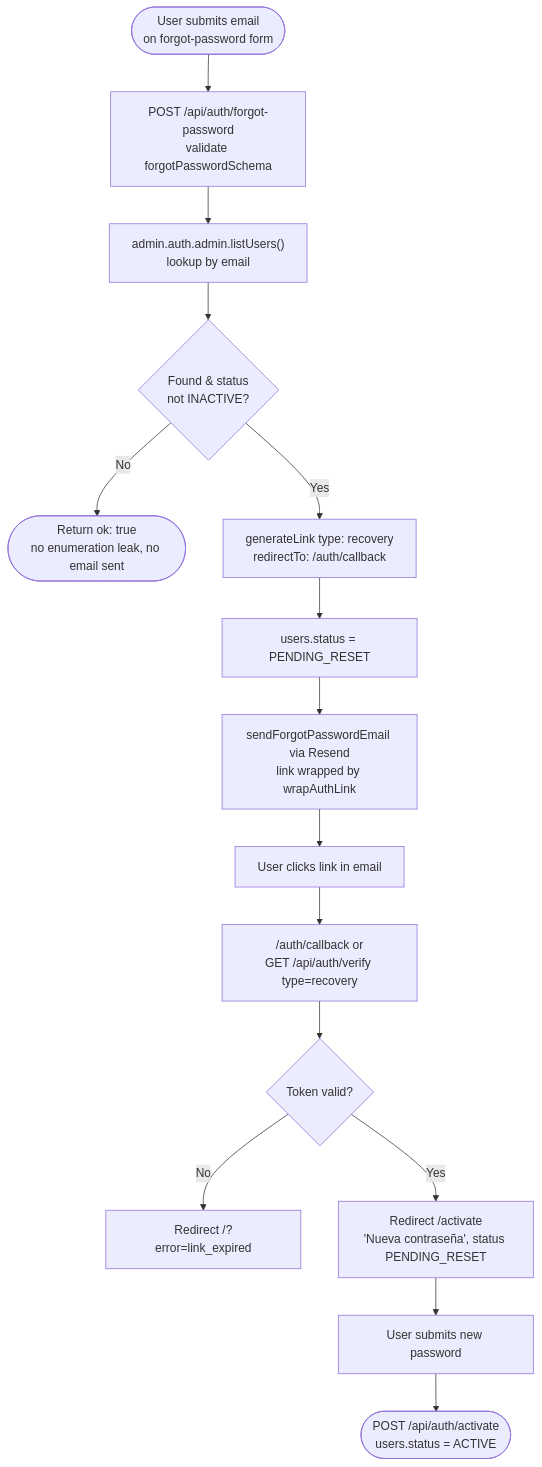
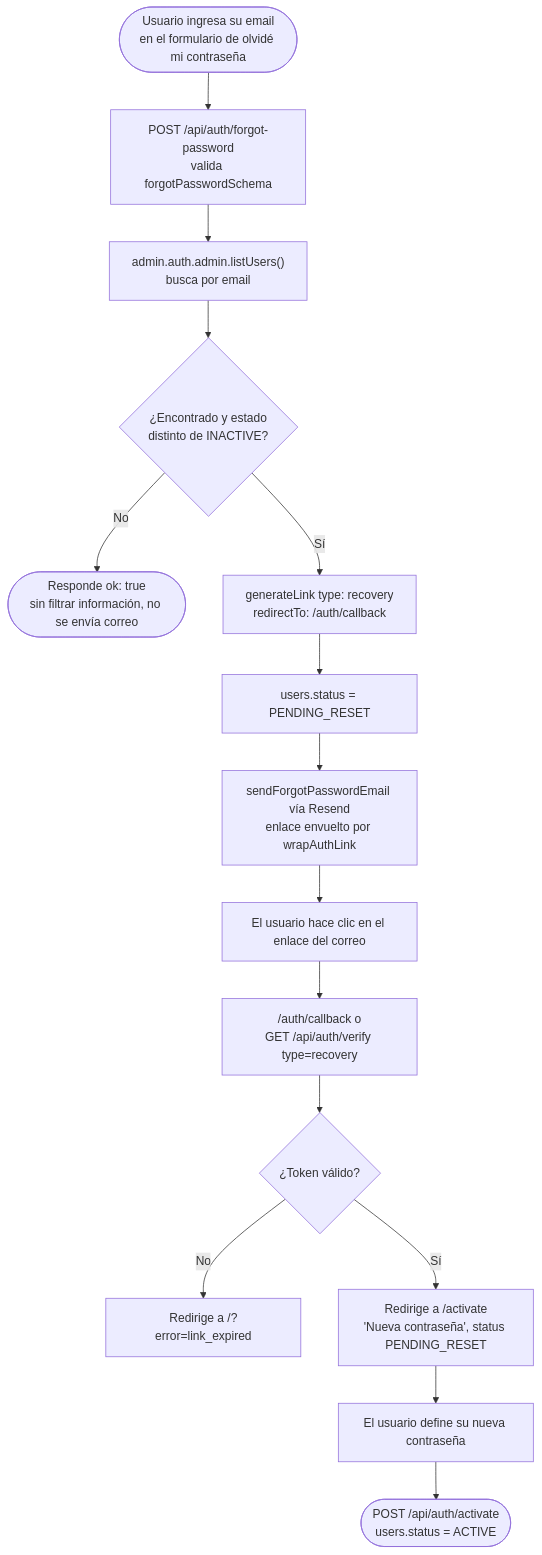
Before and after one commit to Torfel0312/sistema_contable_pibt: the diagram in docs/diagrams/04-password-recovery.md, drawn with Mermaid. The commit also changed other lines of this file and 11 other files, not shown here.

Commit message:
docs: refresh roles/permissions/auth docs and translate diagrams to Spanish (#83)

````diff
--- a/docs/diagrams/04-password-recovery.md
+++ b/docs/diagrams/04-password-recovery.md
@@ -3,17 +7,17 @@
 ```mermaid
 flowchart TD
-    A([User submits email<br/>on forgot-password form]) --> B["POST /api/auth/forgot-password<br/>validate forgotPasswordSchema"]
-    B --> C["admin.auth.admin.listUsers()<br/>lookup by email"]
-    C --> D{Found & status<br/>not INACTIVE?}
-    D -->|No| E([Return ok: true<br/>no enumeration leak, no email sent])
-    D -->|Yes| F["generateLink type: recovery<br/>redirectTo: /auth/callback"]
+    A(["Usuario ingresa su email<br/>en el formulario de olvidé mi contraseña"]) --> B["POST /api/auth/forgot-password<br/>valida forgotPasswordSchema"]
+    B --> C["admin.auth.admin.listUsers()<br/>busca por email"]
+    C --> D{"¿Encontrado y estado<br/>distinto de INACTIVE?"}
+    D -->|No| E(["Responde ok: true<br/>sin filtrar información, no se envía correo"])
+    D -->|Sí| F["generateLink type: recovery<br/>redirectTo: /auth/callback"]
     F --> G[users.status = PENDING_RESET]
-    G --> H[sendForgotPasswordEmail via Resend<br/>link wrapped by wrapAuthLink]
-    H --> I[User clicks link in email]
-    I --> J["/auth/callback or<br/>GET /api/auth/verify type=recovery"]
-    J --> K{Token valid?}
-    K -->|No| L[Redirect /?error=link_expired]
-    K -->|Yes| M["Redirect /activate<br/>'Nueva contraseña', status PENDING_RESET"]
-    M --> N[User submits new password]
+    G --> H[sendForgotPasswordEmail vía Resend<br/>enlace envuelto por wrapAuthLink]
+    H --> I[El usuario hace clic en el enlace del correo]
+    I --> J["/auth/callback o<br/>GET /api/auth/verify type=recovery"]
+    J --> K{"¿Token válido?"}
+    K -->|No| L[Redirige a /?error=link_expired]
+    K -->|Sí| M["Redirige a /activate<br/>'Nueva contraseña', status PENDING_RESET"]
+    M --> N[El usuario define su nueva contraseña]
     N --> O(["POST /api/auth/activate<br/>users.status = ACTIVE"])
 ```
````
